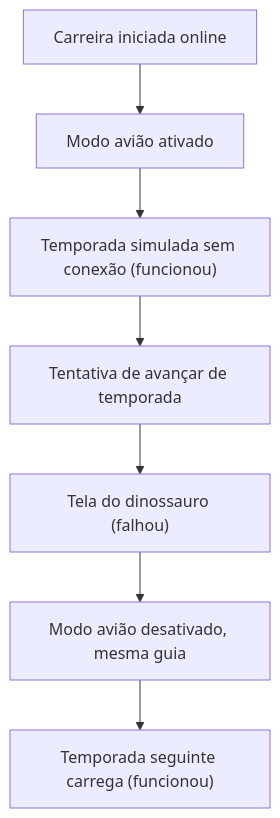
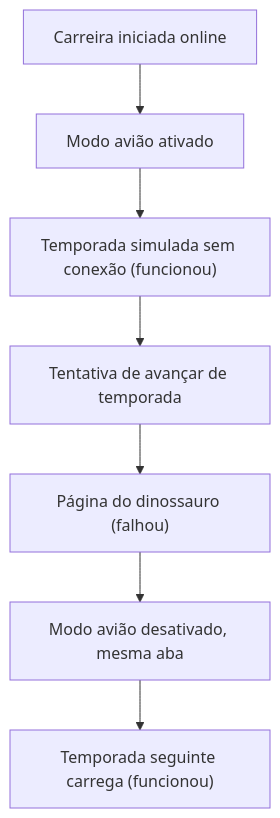
The second of 2 diagrams in README.md (TiagoAntunes-Dev/paradigmas-mobile-tiago-antunes), drawn with Mermaid before and after one commit. The commit also changed other lines of this file, not shown here.

````diff
--- a/README.md
+++ b/README.md
@@ -174,9 +175,9 @@
 ```mermaid
 flowchart TD
     A["Carreira iniciada online"] --> B["Modo avião ativado"]
     B --> C["Temporada simulada sem conexão (funcionou)"]
     C --> D["Tentativa de avançar de temporada"]
-    D --> E["Tela do dinossauro (falhou)"]
-    E --> F["Modo avião desativado, mesma guia"]
+    D --> E["Página do dinossauro (falhou)"]
+    E --> F["Modo avião desativado, mesma aba"]
     F --> G["Temporada seguinte carrega (funcionou)"]
 ```
````
